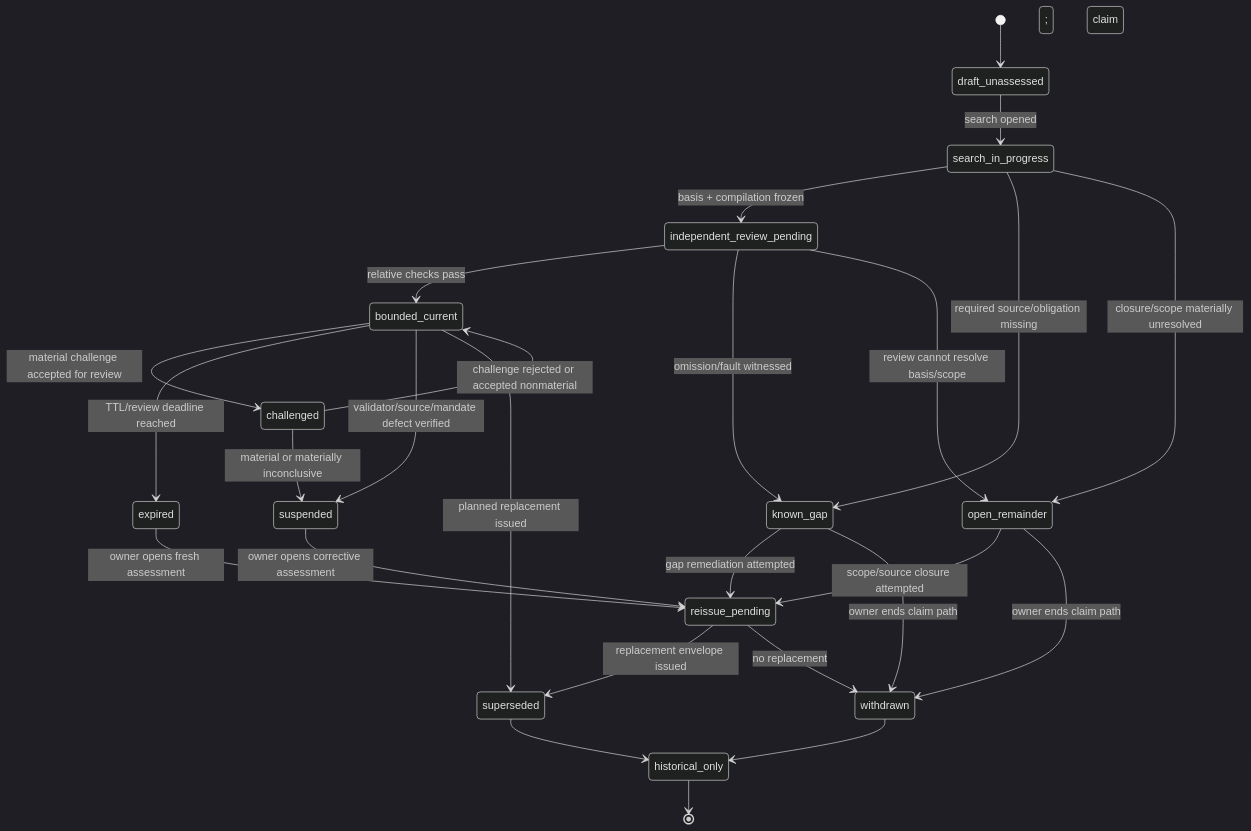
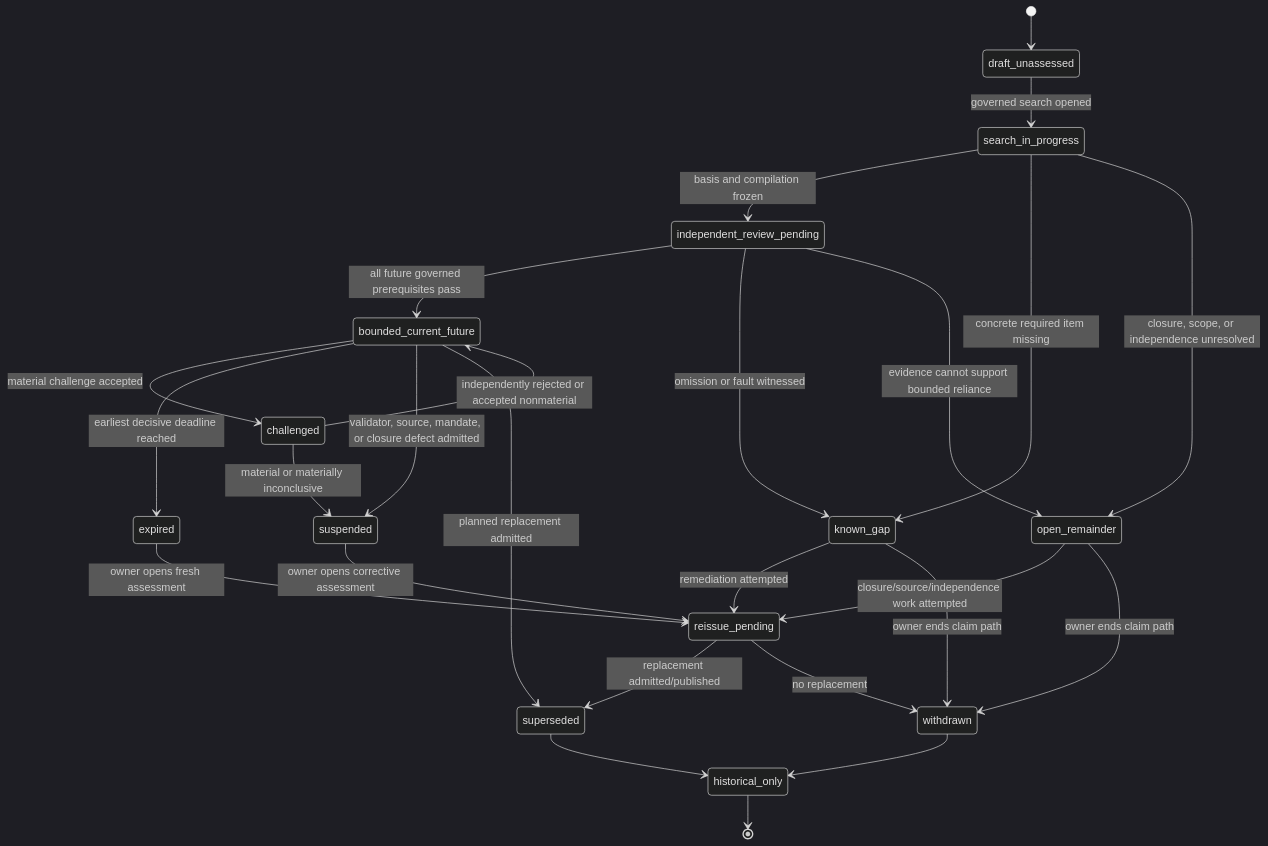
One commit to DenisKopylov/polisyos changed the diagram in policy-engine/docs/research/policy-operations/int-r1/artifact-and-state-machine-sketch.md. Above: the diagram before and after it, drawn with Mermaid (dark theme). The commit also changed other lines of this file, not shown here.

````diff
--- a/policy-engine/docs/research/policy-operations/int-r1/artifact-and-state-machine-sketch.md
+++ b/policy-engine/docs/research/policy-operations/int-r1/artifact-and-state-machine-sketch.md
@@ -598,35 +644,35 @@
 ```mermaid
 stateDiagram-v2
     [*] --> draft_unassessed
-    draft_unassessed --> search_in_progress: search opened
-    search_in_progress --> independent_review_pending: basis + compilation frozen
-    search_in_progress --> known_gap: required source/obligation missing
-    search_in_progress --> open_remainder: closure/scope materially unresolved
+    draft_unassessed --> search_in_progress: governed search opened
+    search_in_progress --> independent_review_pending: basis and compilation frozen
+    search_in_progress --> known_gap: concrete required item missing
+    search_in_progress --> open_remainder: closure, scope, or independence unresolved
 
-    independent_review_pending --> bounded_current: relative checks pass
-    independent_review_pending --> known_gap: omission/fault witnessed
-    independent_review_pending --> open_remainder: review cannot resolve basis/scope
+    independent_review_pending --> bounded_current_future: all future governed prerequisites pass
+    independent_review_pending --> known_gap: omission or fault witnessed
+    independent_review_pending --> open_remainder: evidence cannot support bounded reliance
 
-    bounded_current --> challenged: material challenge accepted for review
-    bounded_current --> expired: TTL/review deadline reached
-    bounded_current --> suspended: validator/source/mandate defect verified
+    bounded_current_future --> challenged: material challenge accepted
+    bounded_current_future --> expired: earliest decisive deadline reached
+    bounded_current_future --> suspended: validator, source, mandate, or closure defect admitted
 
-    challenged --> bounded_current: challenge rejected or accepted nonmaterial
+    challenged --> bounded_current_future: independently rejected or accepted nonmaterial
     challenged --> suspended: material or materially inconclusive
 
     expired --> reissue_pending: owner opens fresh assessment
     suspended --> reissue_pending: owner opens corrective assessment
-    known_gap --> reissue_pending: gap remediation attempted
-    open_remainder --> reissue_pending: scope/source closure attempted
+    known_gap --> reissue_pending: remediation attempted
+    open_remainder --> reissue_pending: closure/source/independence work attempted
 
-    reissue_pending --> superseded: replacement envelope issued
-    reissue_pending --> withdrawn: no replacement; claim withdrawn
+    reissue_pending --> superseded: replacement admitted/published
+    reissue_pending --> withdrawn: no replacement
 
-    bounded_current --> superseded: planned replacement issued
+    bounded_current_future --> superseded: planned replacement admitted
     known_gap --> withdrawn: owner ends claim path
     open_remainder --> withdrawn: owner ends claim path
 
     superseded --> historical_only
     withdrawn --> historical_only
     historical_only --> [*]
 ```
````
